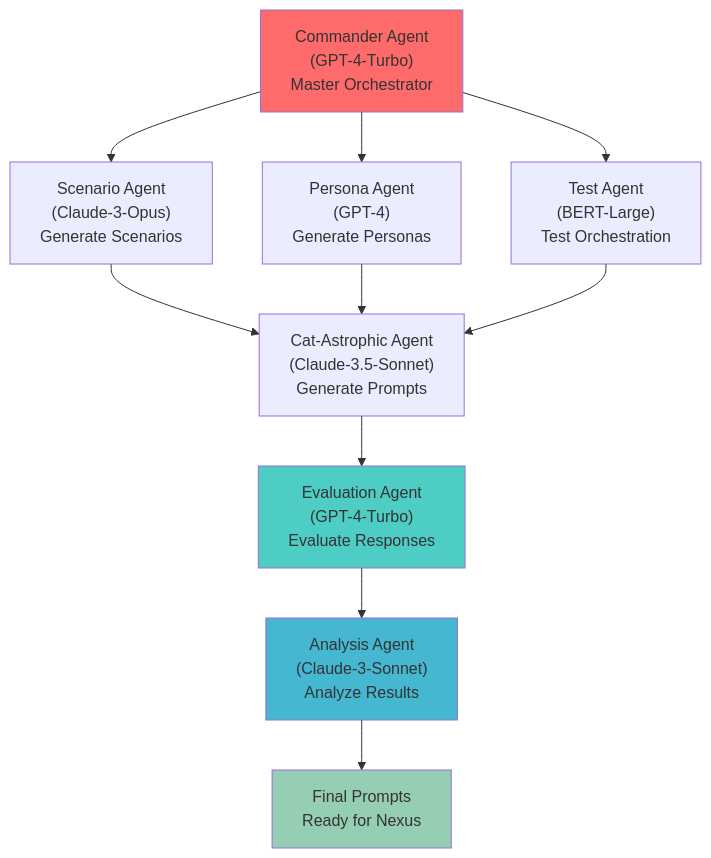
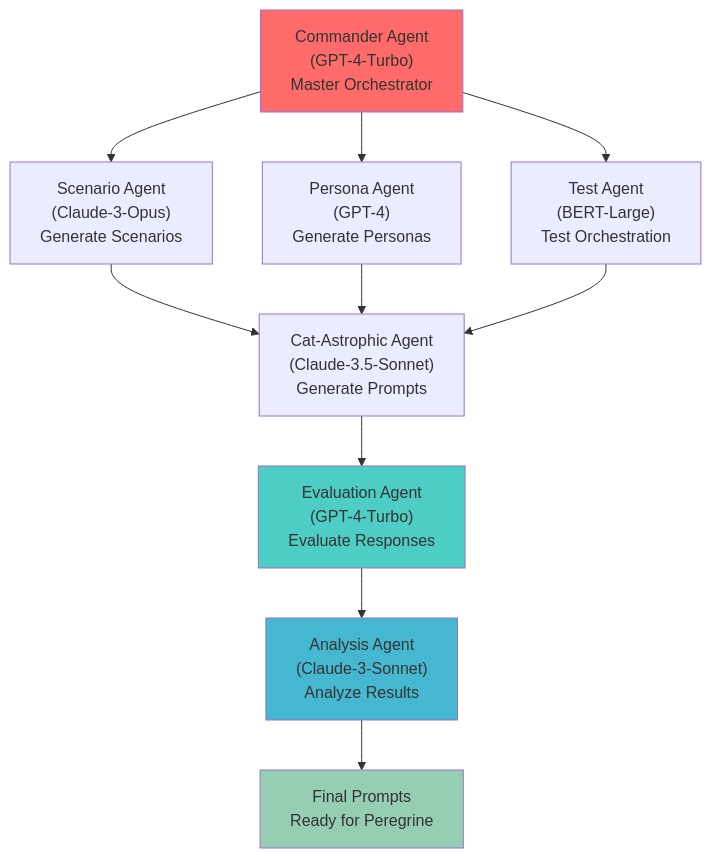
Before and after one commit to Optica-Labs/database_design: the second of 4 diagrams in docs/archive/AI-Range & Nexus Unified Platform .md, drawn with Mermaid. The commit also changed other lines of this file and 109 other files, not shown here.

````diff
--- a/docs/archive/AI-Range & Nexus Unified Platform .md
+++ b/docs/archive/AI-Range & Nexus Unified Platform .md
@@ -187,29 +187,29 @@
 ```mermaid
 flowchart TD
     Commander["Commander Agent<br/>(GPT-4-Turbo)<br/>Master Orchestrator"]
     
     Scenario["Scenario Agent<br/>(Claude-3-Opus)<br/>Generate Scenarios"]
     Persona["Persona Agent<br/>(GPT-4)<br/>Generate Personas"]
     CatAstro["Cat-Astrophic Agent<br/>(Claude-3.5-Sonnet)<br/>Generate Prompts"]
     Test["Test Agent<br/>(BERT-Large)<br/>Test Orchestration"]
     
     Evaluation["Evaluation Agent<br/>(GPT-4-Turbo)<br/>Evaluate Responses"]
     Analysis["Analysis Agent<br/>(Claude-3-Sonnet)<br/>Analyze Results"]
     
     Commander --> Scenario
     Commander --> Persona
     Commander --> Test
     
     Scenario --> CatAstro
     Persona --> CatAstro
     Test --> CatAstro
     
     CatAstro --> Evaluation
     Evaluation --> Analysis
-    Analysis --> Output["Final Prompts<br/>Ready for Nexus"]
+    Analysis --> Output["Final Prompts<br/>Ready for Peregrine"]
     
     style Commander fill:#ff6b6b
     style Evaluation fill:#4ecdc4
     style Analysis fill:#45b7d1
     style Output fill:#96ceb4
 ```
````
